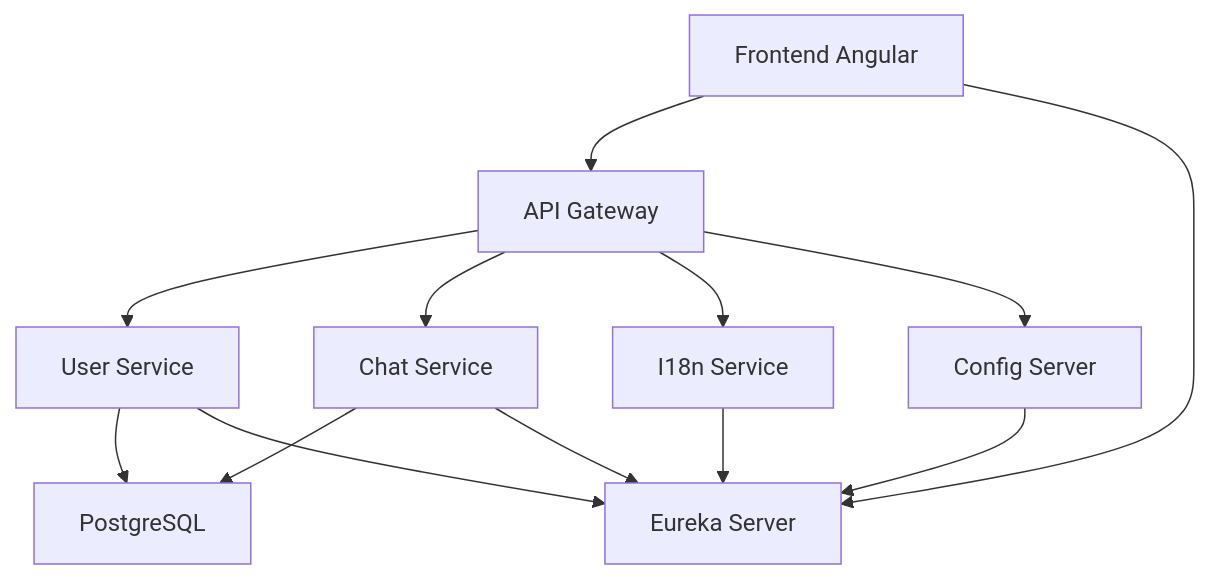
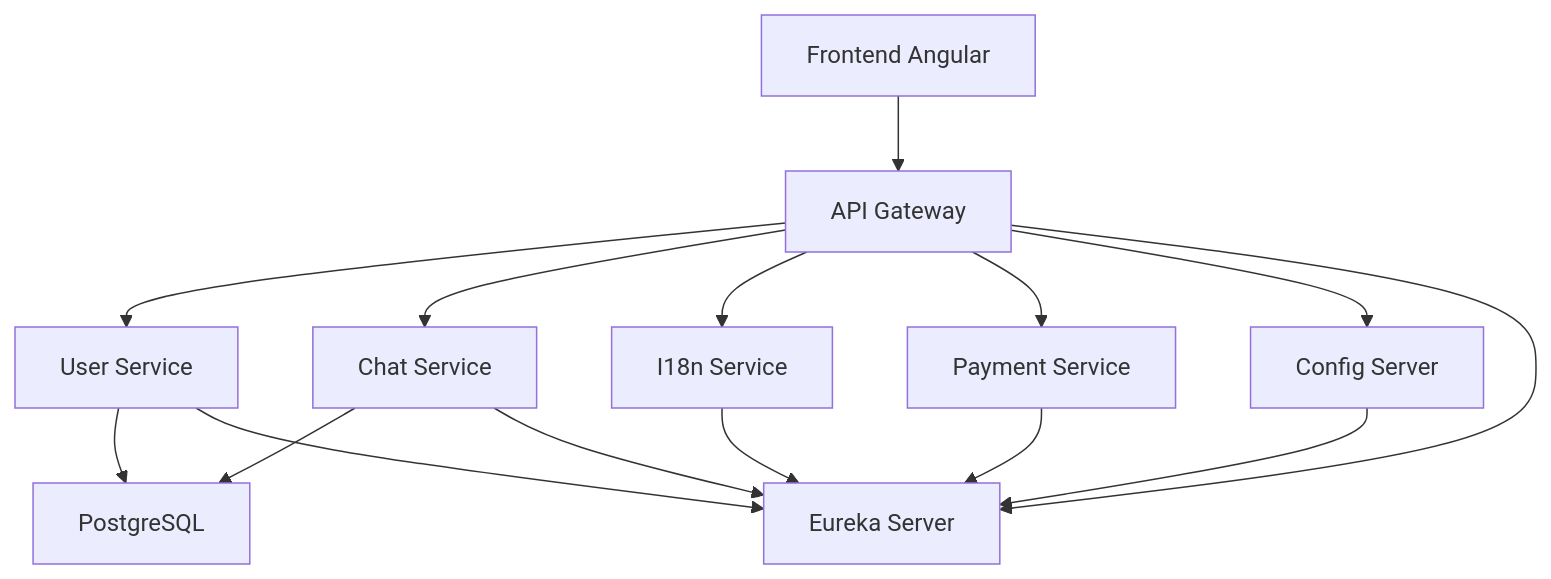
Before and after one commit to mathador/p7_YourCarYourWay: the first of 2 diagrams in readme.md, drawn with Mermaid. The commit also changed other lines of this file and 76 other files, not shown here.

Commit message:
ajout payment-service

````diff
--- a/readme.md
+++ b/readme.md
@@ -49,15 +208,19 @@
 ```mermaid
+
 graph TD
     A[Frontend Angular] --> B[API Gateway]
     B --> C[User Service]
     B --> D[Chat Service]
     B --> E[I18n Service]
+    B --> I[Payment Service]
     C --> F[PostgreSQL]
     D --> F
     B --> G[Config Server]
-    A --> H[Eureka Server]
+    B --> H[Eureka Server]
     C --> H
     D --> H
     E --> H
+    I --> H
     G --> H
+    
 ```
````
